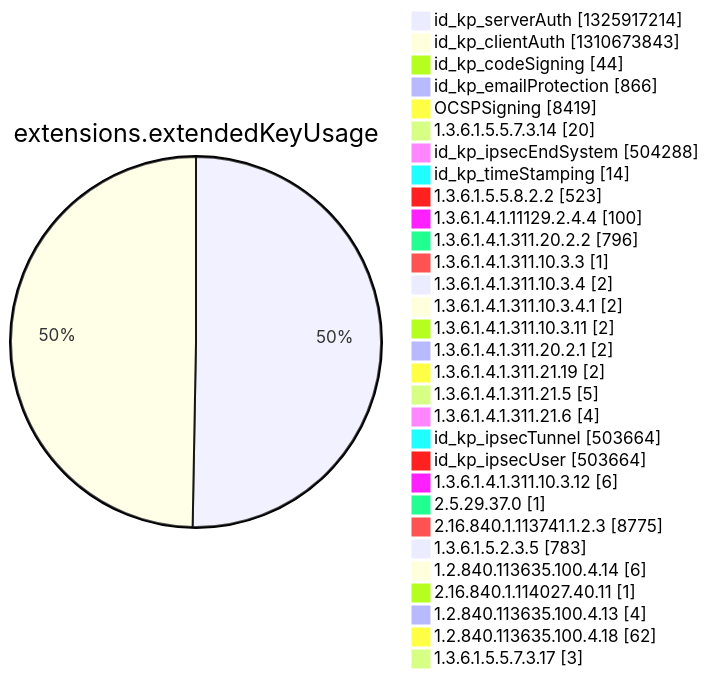
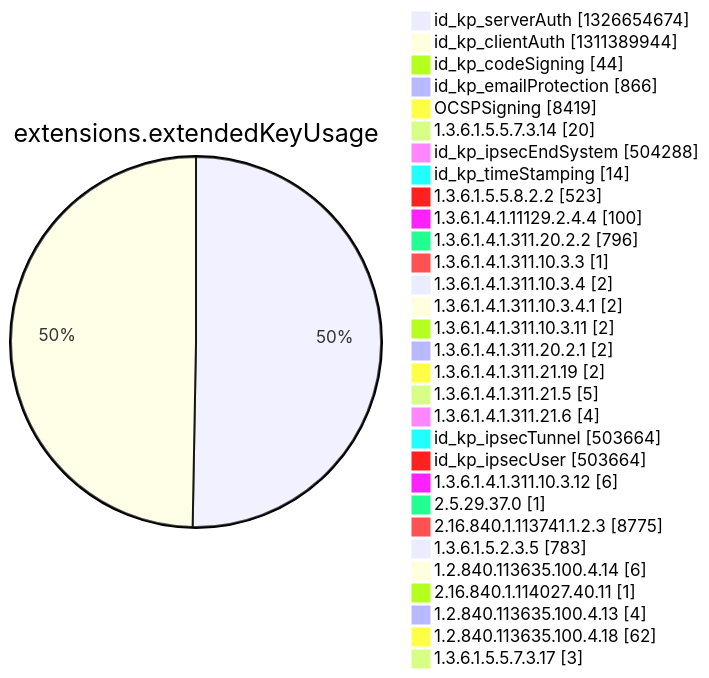
One commit to christiankrug/ctmonitor_visualization changed diagram 12 of 15 in argon2022/README.md. Above: the diagram before and after it, drawn with Mermaid. The commit also changed other lines of this file, not shown here.

````diff
--- a/argon2022/README.md
+++ b/argon2022/README.md
@@ -3553,34 +3553,34 @@
 ```mermaid
 pie showData
 title extensions.extendedKeyUsage
-"id_kp_serverAuth" :1325917214
-"id_kp_clientAuth" :1310673843
+"id_kp_serverAuth" :1326654674
+"id_kp_clientAuth" :1311389944
 "id_kp_codeSigning" :44
 "id_kp_emailProtection" :866
 "OCSPSigning" :8419
 "1.3.6.1.5.5.7.3.14" :20
 "id_kp_ipsecEndSystem" :504288
 "id_kp_timeStamping" :14
 "1.3.6.1.5.5.8.2.2" :523
 "1.3.6.1.4.1.11129.2.4.4" :100
 "1.3.6.1.4.1.311.20.2.2" :796
 "1.3.6.1.4.1.311.10.3.3" :1
 "1.3.6.1.4.1.311.10.3.4" :2
 "1.3.6.1.4.1.311.10.3.4.1" :2
 "1.3.6.1.4.1.311.10.3.11" :2
 "1.3.6.1.4.1.311.20.2.1" :2
 "1.3.6.1.4.1.311.21.19" :2
 "1.3.6.1.4.1.311.21.5" :5
 "1.3.6.1.4.1.311.21.6" :4
 "id_kp_ipsecTunnel" :503664
 "id_kp_ipsecUser" :503664
 "1.3.6.1.4.1.311.10.3.12" :6
 "2.5.29.37.0" :1
 "2.16.840.1.113741.1.2.3" :8775
 "1.3.6.1.5.2.3.5" :783
 "1.2.840.113635.100.4.14" :6
 "2.16.840.1.114027.40.11" :1
 "1.2.840.113635.100.4.13" :4
 "1.2.840.113635.100.4.18" :62
 "1.3.6.1.5.5.7.3.17" :3
 ```
````
